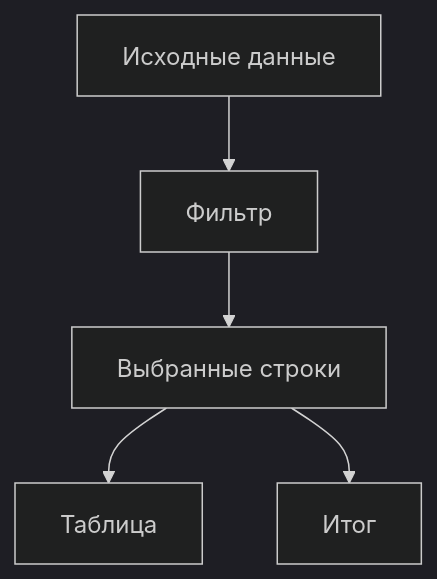
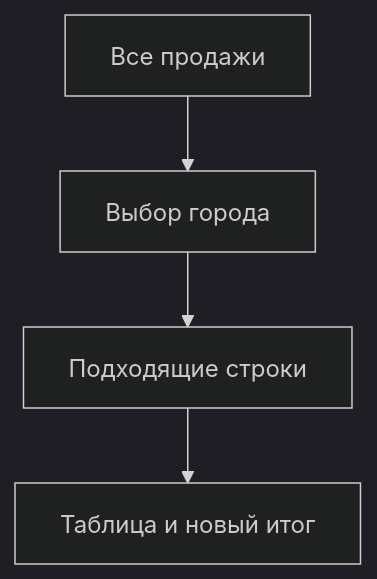
Before and after one commit to NBog19/Fullstack-Engineering-Roadmap: the diagram in 01_Basics/02_JavaScript/04_DOM.md, drawn with Mermaid (dark theme). The commit also changed other lines of this file and 10 other files, not shown here.

````diff
--- a/01_Basics/02_JavaScript/04_DOM.md
+++ b/01_Basics/02_JavaScript/04_DOM.md
@@ -37,7 +33,6 @@
-```mermaid
+~~~mermaid
 flowchart TD
-    A[Исходные данные] --> B[Фильтр]
-    B --> C[Выбранные строки]
-    C --> D[Таблица]
-    C --> E[Итог]
-```
+ A[Все продажи] --> B[Выбор города]
+ B --> C[Подходящие строки]
+ C --> D[Таблица и новый итог]
+~~~
````
